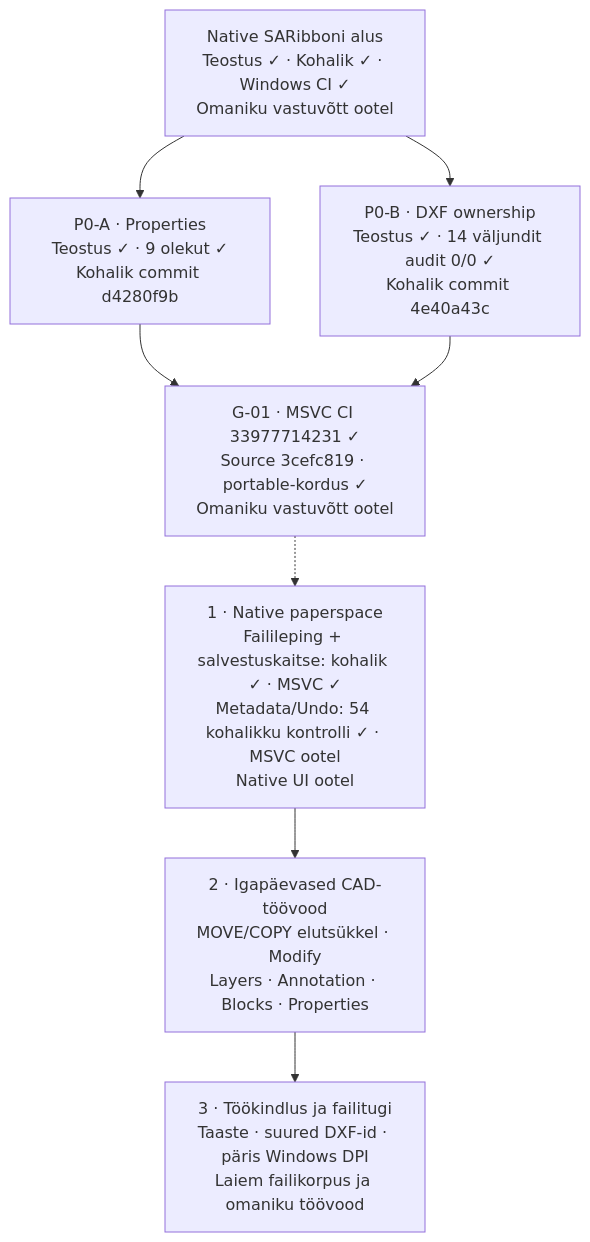
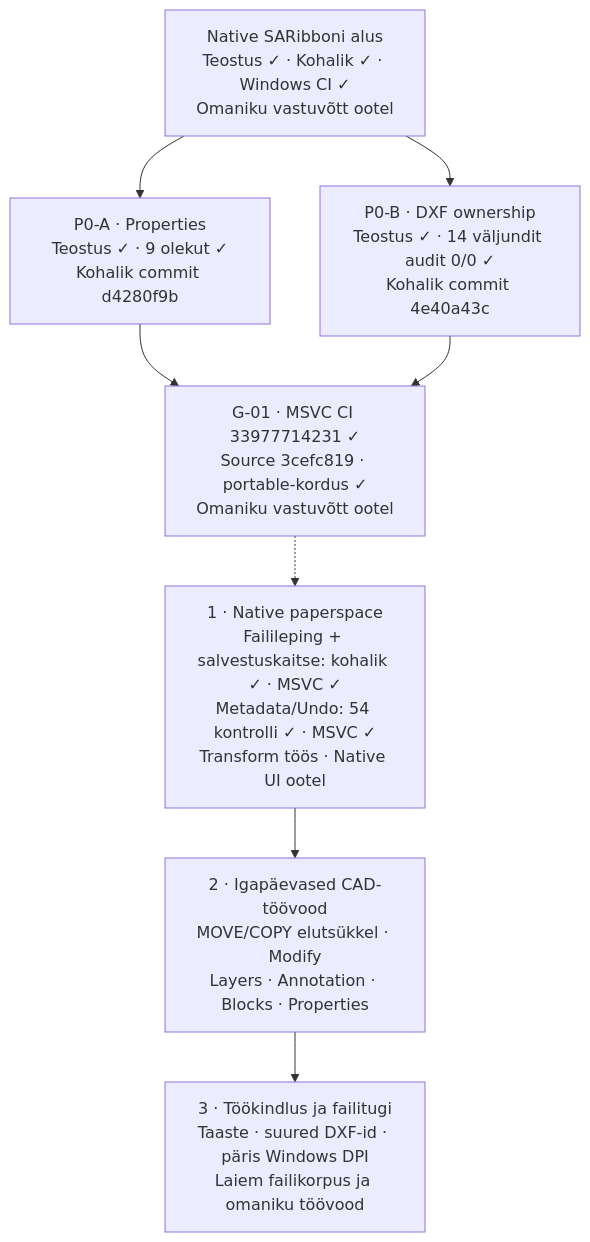
One commit to T3stin-svg/kuubik-draw-native changed the first of 2 diagrams in docs/ROADMAP.md. Above: the diagram before and after it, drawn with Mermaid. The commit also changed other lines of this file and 16 other files, not shown here.

````diff
--- a/docs/ROADMAP.md
+++ b/docs/ROADMAP.md
@@ -46,16 +64,16 @@
 ```mermaid
 flowchart TD
     UI["Native SARibboni alus<br/>Teostus ✓ · Kohalik ✓ · Windows CI ✓<br/>Omaniku vastuvõtt ootel"]
     A["P0-A · Properties<br/>Teostus ✓ · 9 olekut ✓<br/>Kohalik commit d4280f9b"]
     B["P0-B · DXF ownership<br/>Teostus ✓ · 14 väljundit audit 0/0 ✓<br/>Kohalik commit 4e40a43c"]
     G["G-01 · MSVC CI 33977714231 ✓<br/>Source 3cefc819 · portable-kordus ✓<br/>Omaniku vastuvõtt ootel"]
-    P["1 · Native paperspace<br/>Failileping + salvestuskaitse: kohalik ✓ · MSVC ✓<br/>Metadata/Undo: 54 kohalikku kontrolli ✓ · MSVC ootel<br/>Native UI ootel"]
+    P["1 · Native paperspace<br/>Failileping + salvestuskaitse: kohalik ✓ · MSVC ✓<br/>Metadata/Undo: 54 kontrolli ✓ · MSVC ✓<br/>Transform töös · Native UI ootel"]
     C["2 · Igapäevased CAD-töövood<br/>MOVE/COPY elutsükkel · Modify<br/>Layers · Annotation · Blocks · Properties"]
     R["3 · Töökindlus ja failitugi<br/>Taaste · suured DXF-id · päris Windows DPI<br/>Laiem failikorpus ja omaniku töövood"]
     UI --> A
     UI --> B
     A --> G
     B --> G
     G -.-> P
     P --> C --> R
 ```
````
